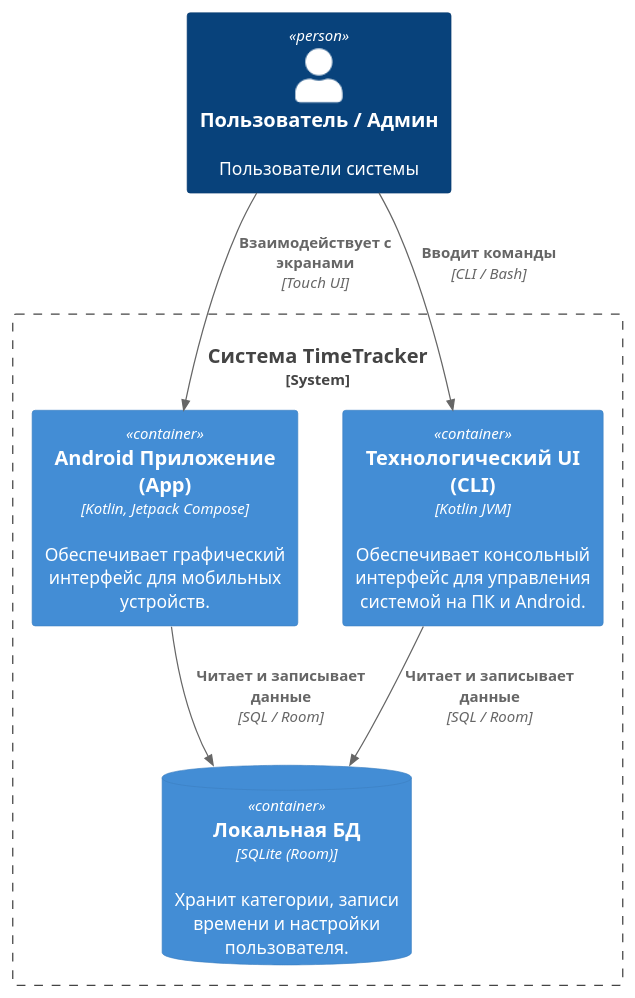
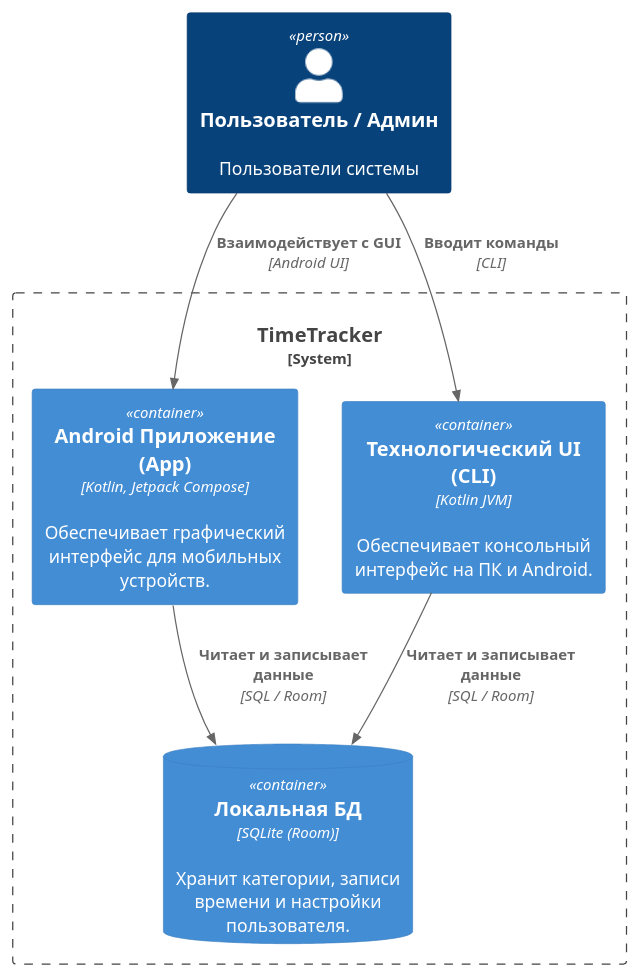
Before and after one commit to da-fuu/IU7_7sem_Web: the diagram in docs/L2.puml, drawn with PlantUML. The commit also changed 16 other files, not shown here.

```diff
--- a/docs/L2.puml
+++ b/docs/L2.puml
@@ -1,21 +1,21 @@
 @startuml
 !include <c4/C4_Container.puml>
 
 Person(user, "Пользователь / Админ", "Пользователи системы")
 
-System_Boundary(time_tracker_system, "Система TimeTracker") {
+System_Boundary(time_tracker_system, "TimeTracker") {
 
     Container(app, "Android Приложение (App)", "Kotlin, Jetpack Compose", "Обеспечивает графический интерфейс для мобильных устройств.")
 
-    Container(tech_ui, "Технологический UI (CLI)", "Kotlin JVM", "Обеспечивает консольный интерфейс для управления системой на ПК и Android.")
+    Container(tech_ui, "Технологический UI (CLI)", "Kotlin JVM", "Обеспечивает консольный интерфейс на ПК и Android.")
 
     ContainerDb(local_db, "Локальная БД", "SQLite (Room)", "Хранит категории, записи времени и настройки пользователя.")
 }
 
-Rel(user, app, "Взаимодействует с экранами", "Touch UI")
-Rel(user, tech_ui, "Вводит команды", "CLI / Bash")
+Rel(user, app, "Взаимодействует с GUI", "Android UI")
+Rel(user, tech_ui, "Вводит команды", "CLI")
 
 Rel(app, local_db, "Читает и записывает данные", "SQL / Room")
 Rel(tech_ui, local_db, "Читает и записывает данные", "SQL / Room")
 
 @enduml
```
